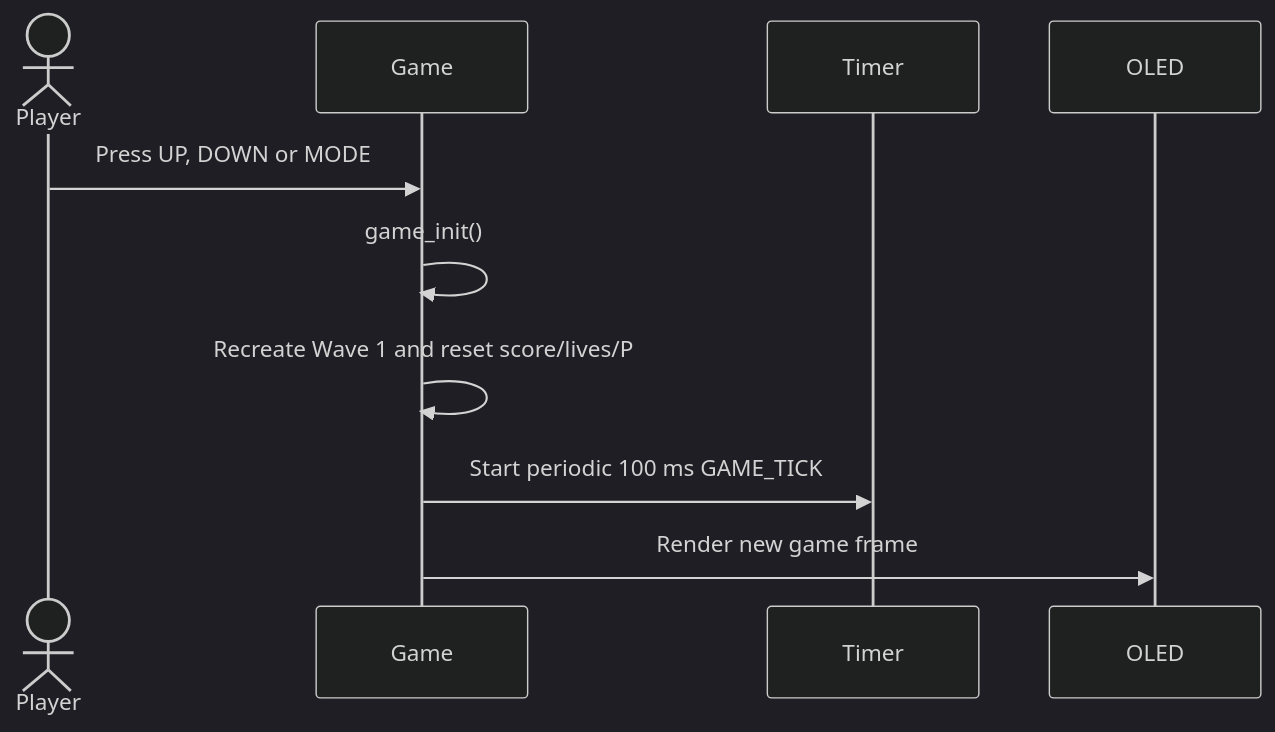
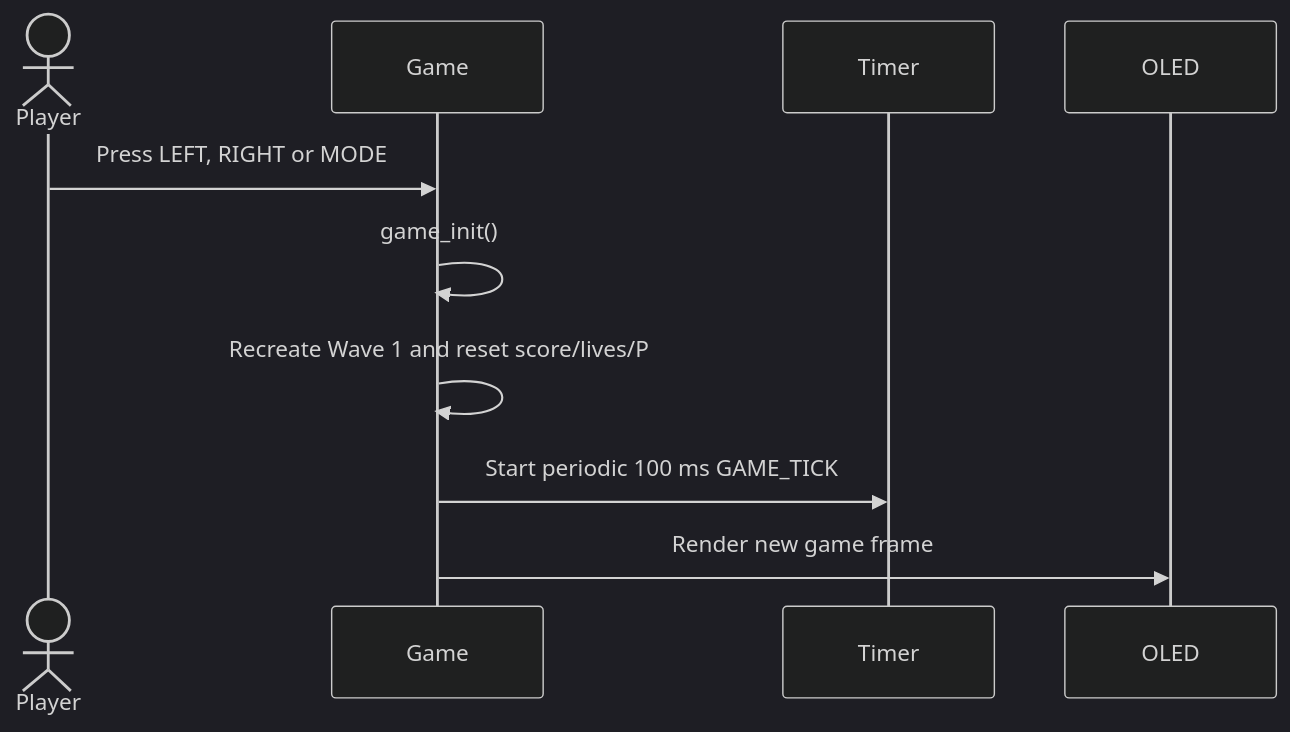
One commit to letuandat269/Bug_Storm changed diagram 12 of 14 in docs/03-design-sequence-runtime.md. Above: the diagram before and after it, drawn with Mermaid (dark theme). The commit also changed other lines of this file and 4 other files, not shown here.

````diff
--- a/docs/03-design-sequence-runtime.md
+++ b/docs/03-design-sequence-runtime.md
@@ -375,13 +375,13 @@
 ```mermaid
 sequenceDiagram
     actor Player
     participant Game
     participant Timer
     participant OLED
 
-    Player->>Game: Press UP, DOWN or MODE
+    Player->>Game: Press LEFT, RIGHT or MODE
     Game->>Game: game_init()
     Game->>Game: Recreate Wave 1 and reset score/lives/P
     Game->>Timer: Start periodic 100 ms GAME_TICK
     Game->>OLED: Render new game frame
 ```
````
